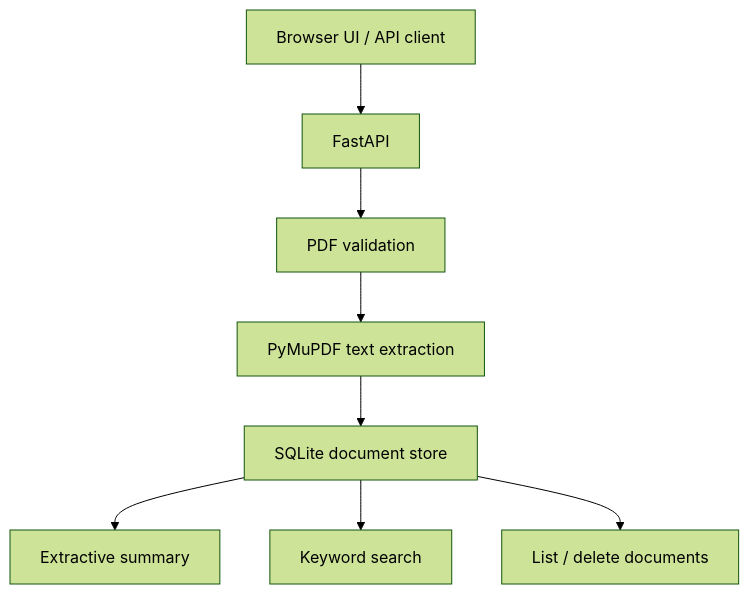
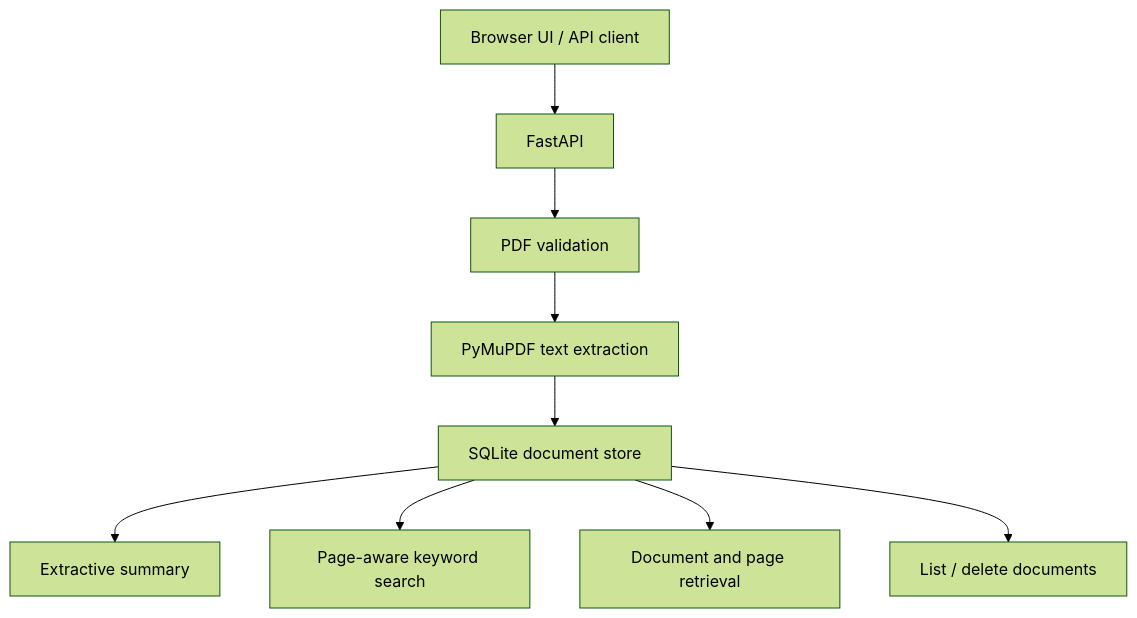
The diagram in README.md (poojapansare18/documind-ai), drawn with Mermaid (forest theme) before and after one commit. The commit also changed other lines of this file and 3 other files, not shown here.

First line of the commit message:
Add page-aware document storage and source references (#2)

````diff
--- a/README.md
+++ b/README.md
@@ -19,10 +22,11 @@
 ```mermaid
 flowchart TD
     A[Browser UI / API client] --> B[FastAPI]
     B --> C[PDF validation]
     C --> D[PyMuPDF text extraction]
     D --> E[SQLite document store]
     E --> F[Extractive summary]
-    E --> G[Keyword search]
-    E --> H[List / delete documents]
+    E --> G[Page-aware keyword search]
+    E --> H[Document and page retrieval]
+    E --> I[List / delete documents]
 ```
````
